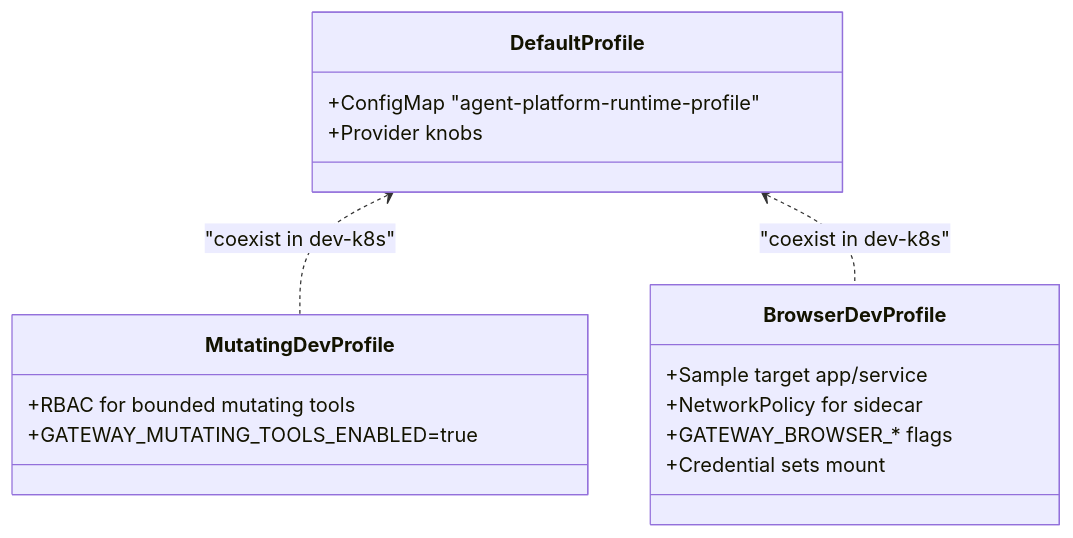
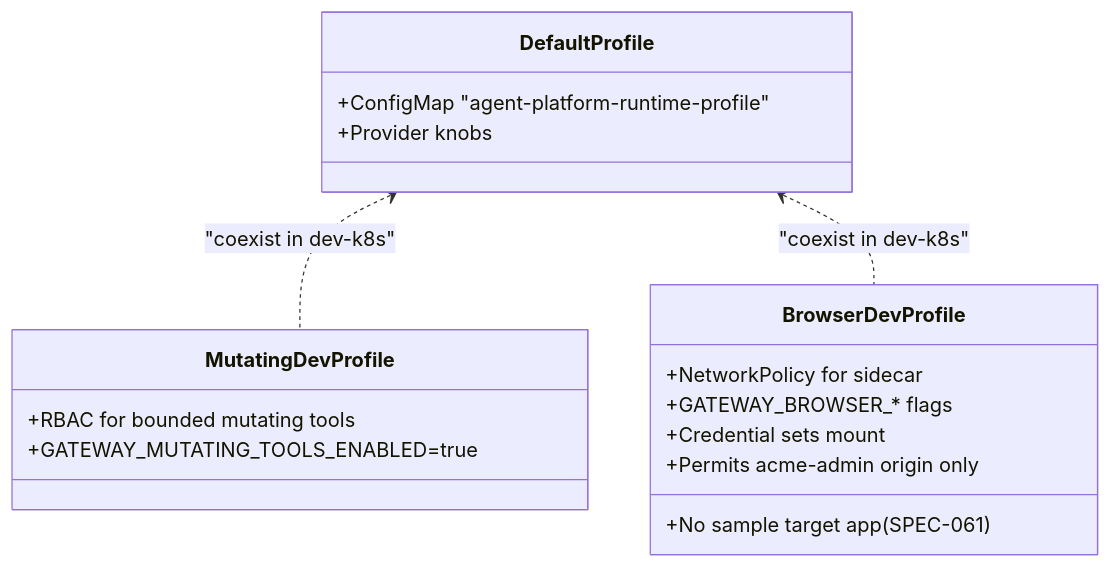
One commit to metasync/luban-aiops changed the fourth of 5 diagrams in .qoder/repowiki/en/content/Development Guide/Build System and Deployment Automation/GitOps Deployment with Kustomize/GitOps Deployment with Kustomize.md. Above: the diagram before and after it, drawn with Mermaid. The commit also changed other lines of this file and 102 other files, not shown here.

````diff
--- a/.qoder/repowiki/en/content/Development Guide/Build System and Deployment Automation/GitOps Deployment with Kustomize/GitOps Deployment with Kustomize.md
+++ b/.qoder/repowiki/en/content/Development Guide/Build System and Deployment Automation/GitOps Deployment with Kustomize/GitOps Deployment with Kustomize.md
@@ -152,19 +159,20 @@
 ```mermaid
 classDiagram
 class DefaultProfile {
 +ConfigMap "agent-platform-runtime-profile"
 +Provider knobs
 }
 class MutatingDevProfile {
 +RBAC for bounded mutating tools
 +GATEWAY_MUTATING_TOOLS_ENABLED=true
 }
 class BrowserDevProfile {
-+Sample target app/service
 +NetworkPolicy for sidecar
 +GATEWAY_BROWSER_* flags
 +Credential sets mount
++No sample target app (SPEC-061)
++Permits acme-admin origin only
 }
 DefaultProfile <.. MutatingDevProfile : "coexist in dev-k8s"
 DefaultProfile <.. BrowserDevProfile : "coexist in dev-k8s"
 ```
````
